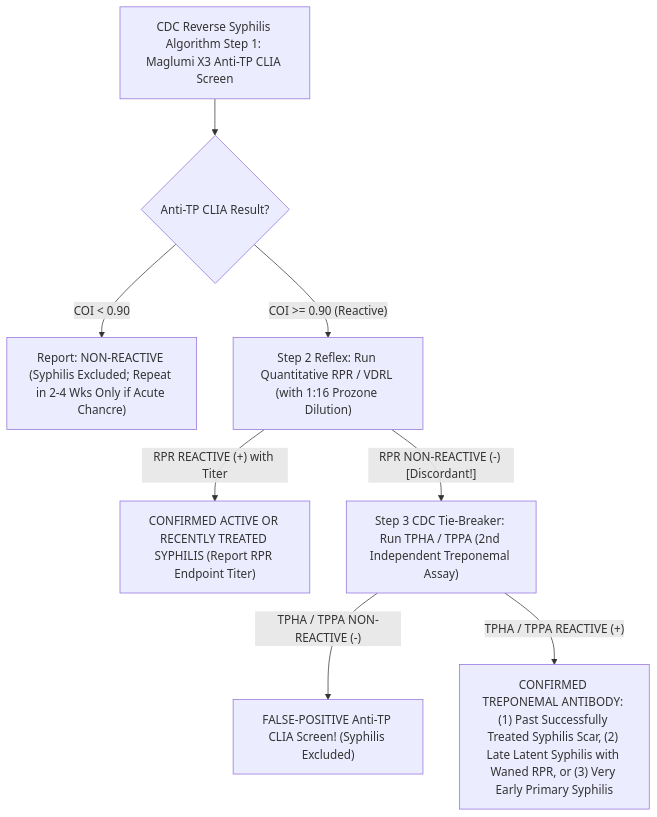
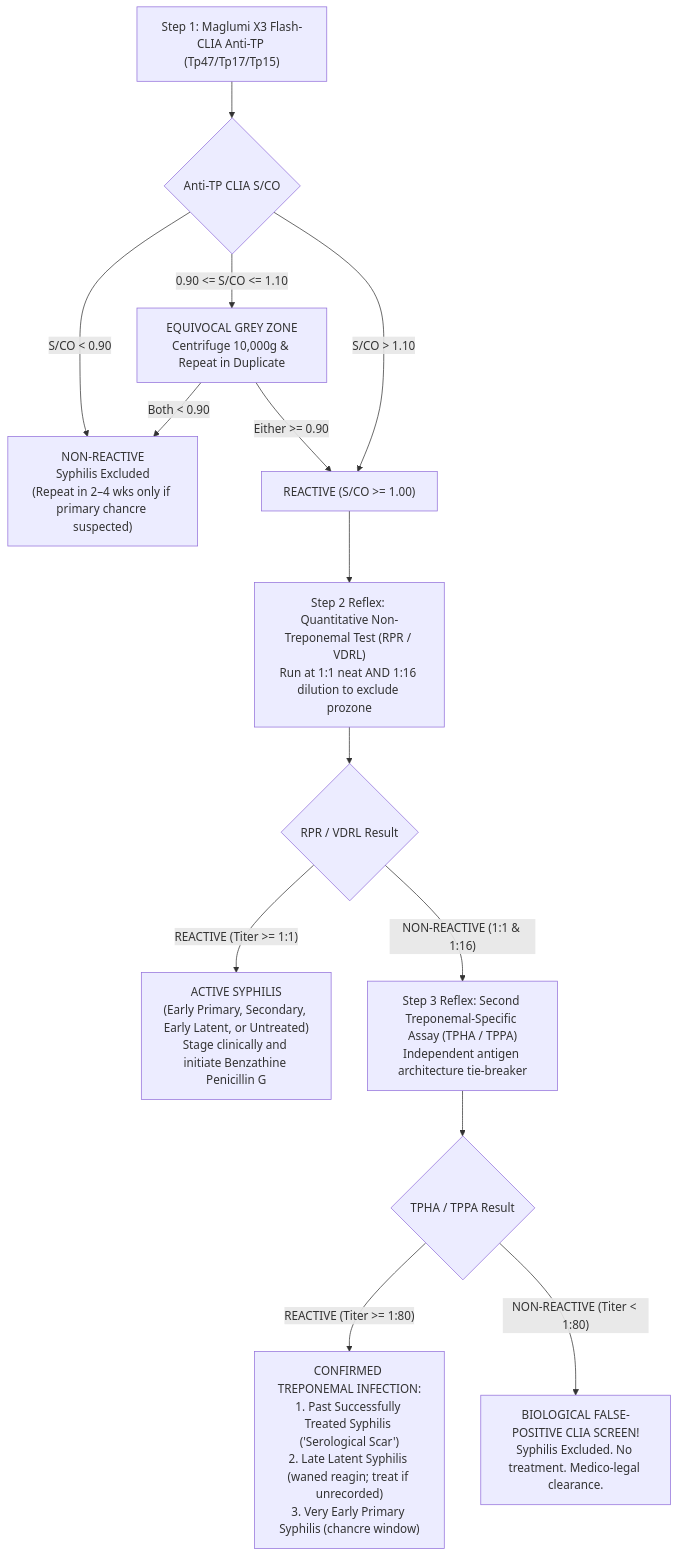
The diagram in 04_Serology_Infectious_Diseases_and_Immunology/4.2_Viral_Markers_HIV_Hepatitis_Syphilis_TORCH_and_EBV_Cluster/4.2.10_Syphilis_Treponemal_Specific_TPHA_and_Maglumi_X3_Anti_TP_CLIA_Reverse_Algorithm.md (sawariyadiagnostic/references-and-interpretations), drawn with Mermaid before and after one commit. The commit also changed other lines of this file and 4 other files, not shown here.

Commit message:
feat(serology): red-team international & above-NABL upgrade of Batch 37 Syphilis TPHA Reverse Algorithm, TORCH Master Panel, Toxoplasma Avidity, Rubella CRS, CMV Avidity

````diff
--- a/04_Serology_Infectious_Diseases_and_Immunology/4.2_Viral_Markers_HIV_Hepatitis_Syphilis_TORCH_and_EBV_Cluster/4.2.10_Syphilis_Treponemal_Specific_TPHA_and_Maglumi_X3_Anti_TP_CLIA_Reverse_Algorithm.md
+++ b/04_Serology_Infectious_Diseases_and_Immunology/4.2_Viral_Markers_HIV_Hepatitis_Syphilis_TORCH_and_EBV_Cluster/4.2.10_Syphilis_Treponemal_Specific_TPHA_and_Maglumi_X3_Anti_TP_CLIA_Reverse_Algorithm.md
@@ -47,10 +97,16 @@
 ```mermaid
 flowchart TD
-    A["CDC Reverse Syphilis Algorithm Step 1: Maglumi X3 Anti-TP CLIA Screen"] --> B{"Anti-TP CLIA Result?"}
-    B -->|"COI < 0.90"| C["Report: NON-REACTIVE (Syphilis Excluded; Repeat in 2-4 Wks Only if Acute Chancre)"]
-    B -->|"COI >= 0.90 (Reactive)"| D["Step 2 Reflex: Run Quantitative RPR / VDRL (with 1:16 Prozone Dilution)"]
-    D -->|"RPR REACTIVE (+) with Titer"| E["CONFIRMED ACTIVE OR RECENTLY TREATED SYPHILIS (Report RPR Endpoint Titer)"]
-    D -->|"RPR NON-REACTIVE (-) [Discordant!]"| F["Step 3 CDC Tie-Breaker: Run TPHA / TPPA (2nd Independent Treponemal Assay)"]
-    F -->|"TPHA / TPPA NON-REACTIVE (-)"| G["FALSE-POSITIVE Anti-TP CLIA Screen! (Syphilis Excluded)"]
-    F -->|"TPHA / TPPA REACTIVE (+)"| H["CONFIRMED TREPONEMAL ANTIBODY: (1) Past Successfully Treated Syphilis Scar, (2) Late Latent Syphilis with Waned RPR, or (3) Very Early Primary Syphilis"]
+    A["Step 1: Maglumi X3 Flash-CLIA Anti-TP (Tp47/Tp17/Tp15)"] --> B{"Anti-TP CLIA S/CO"}
+    B -->|"S/CO < 0.90"| C["NON-REACTIVE<br>Syphilis Excluded<br>(Repeat in 2–4 wks only if primary chancre suspected)"]
+    B -->|"0.90 <= S/CO <= 1.10"| D["EQUIVOCAL GREY ZONE<br>Centrifuge 10,000g & Repeat in Duplicate"]
+    D -->|"Both < 0.90"| C
+    D -->|"Either >= 0.90"| E["REACTIVE (S/CO >= 1.00)"]
+    B -->|"S/CO > 1.10"| E
+    E --> F["Step 2 Reflex: Quantitative Non-Treponemal Test (RPR / VDRL)<br>Run at 1:1 neat AND 1:16 dilution to exclude prozone"]
+    F --> G{"RPR / VDRL Result"}
+    G -->|"REACTIVE (Titer >= 1:1)"| H["ACTIVE SYPHILIS<br>(Early Primary, Secondary, Early Latent, or Untreated)<br>Stage clinically and initiate Benzathine Penicillin G"]
+    G -->|"NON-REACTIVE (1:1 & 1:16)"| I["Step 3 Reflex: Second Treponemal-Specific Assay (TPHA / TPPA)<br>Independent antigen architecture tie-breaker"]
+    I --> J{"TPHA / TPPA Result"}
+    J -->|"REACTIVE (Titer >= 1:80)"| K["CONFIRMED TREPONEMAL INFECTION:<br>1. Past Successfully Treated Syphilis ('Serological Scar')<br>2. Late Latent Syphilis (waned reagin; treat if unrecorded)<br>3. Very Early Primary Syphilis (chancre window)"]
+    J -->|"NON-REACTIVE (Titer < 1:80)"| L["BIOLOGICAL FALSE-POSITIVE CLIA SCREEN!<br>Syphilis Excluded. No treatment. Medico-legal clearance."]
 ```
````
